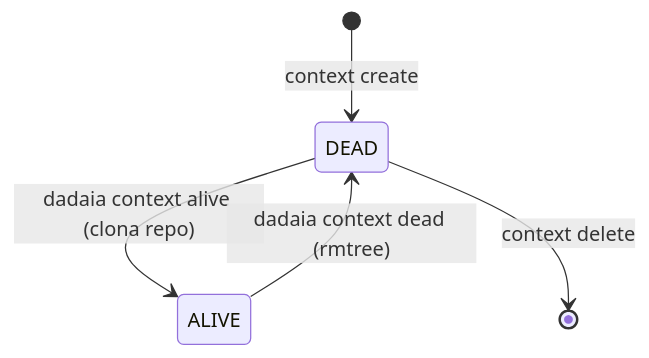
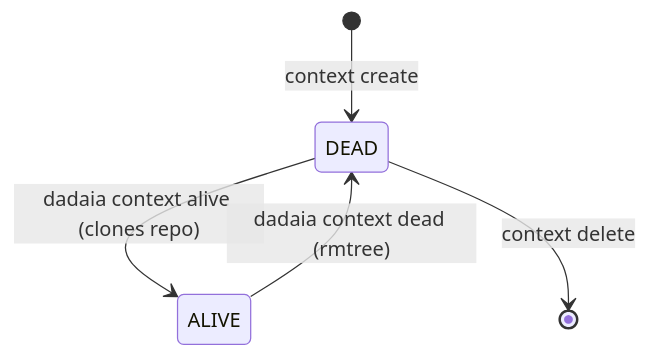
Before and after one commit to marcoaureliomenezes/dadaia-workspace: the diagram in specs/memory/product/platform/context-management.md, drawn with Mermaid. The commit also changed other lines of this file and 31 other files, not shown here.

````diff
--- a/specs/memory/product/platform/context-management.md
+++ b/specs/memory/product/platform/context-management.md
@@ -47,7 +47,7 @@
 ```mermaid
 stateDiagram-v2
     [*] --> DEAD : context create
-    DEAD --> ALIVE : dadaia context alive (clona repo)
+    DEAD --> ALIVE : dadaia context alive (clones repo)
     ALIVE --> DEAD : dadaia context dead (rmtree)
     DEAD --> [*] : context delete
 ```
````
